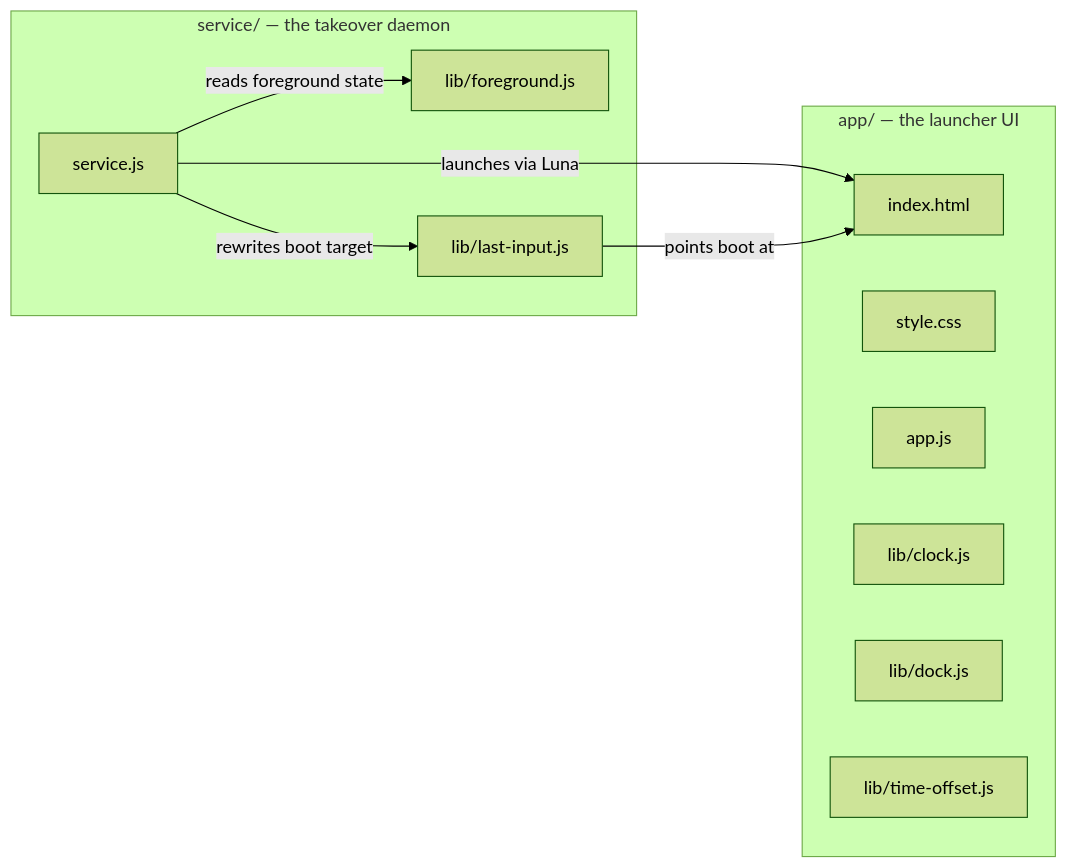
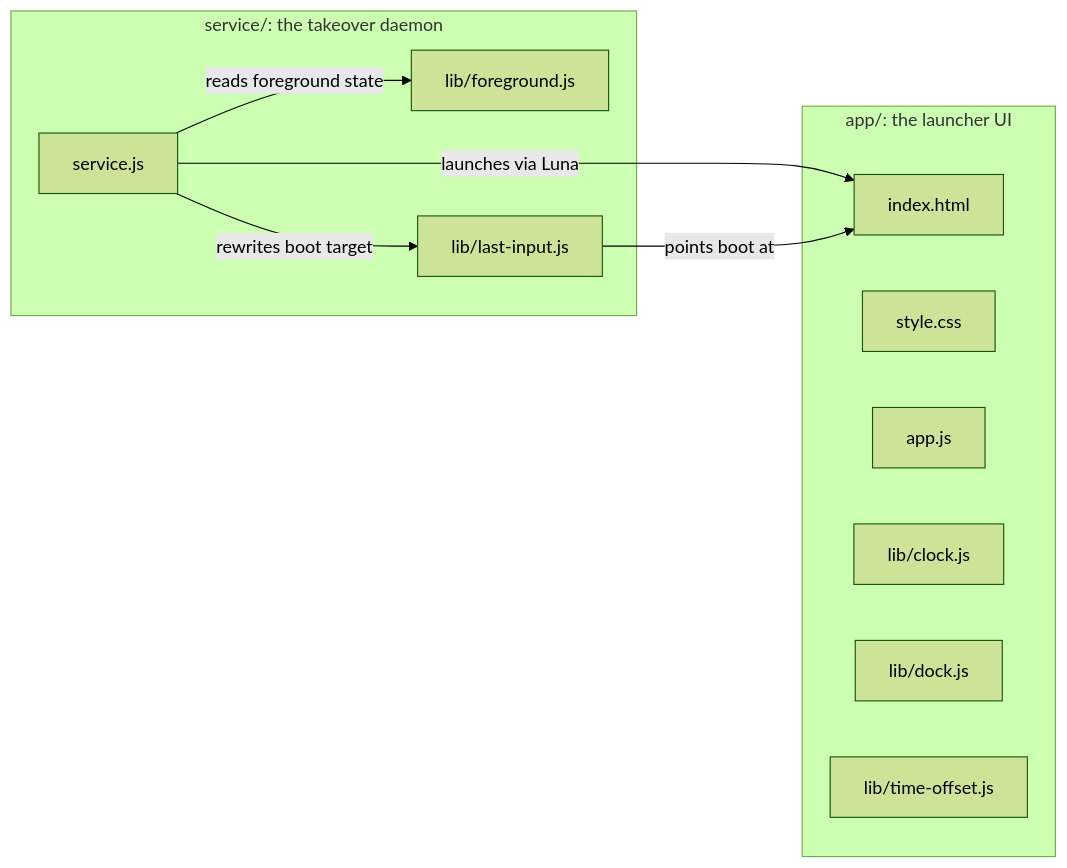
Before and after one commit to 1shanpanta/clean-tv: the first of 2 diagrams in README.md, drawn with Mermaid (forest theme). The commit also changed other lines of this file and 1 other file, not shown here.

Commit message:
[docs] cut hedging, dashes and device-specific detail from README and architecture

````diff
--- a/README.md
+++ b/README.md
@@ -18,22 +18,22 @@
 ```mermaid
 flowchart LR
-    subgraph app["app/ — the launcher UI"]
+    subgraph app["app/: the launcher UI"]
         html[index.html]
         css[style.css]
         js[app.js]
         lib1[lib/clock.js]
         lib2[lib/dock.js]
         lib3[lib/time-offset.js]
     end
 
-    subgraph service["service/ — the takeover daemon"]
+    subgraph service["service/: the takeover daemon"]
         svc[service.js]
         fg[lib/foreground.js]
         li[lib/last-input.js]
     end
 
     svc -- "launches via Luna" --> html
     svc -- "reads foreground state" --> fg
     svc -- "rewrites boot target" --> li
     li -- "points boot at" --> html
 ```
````
